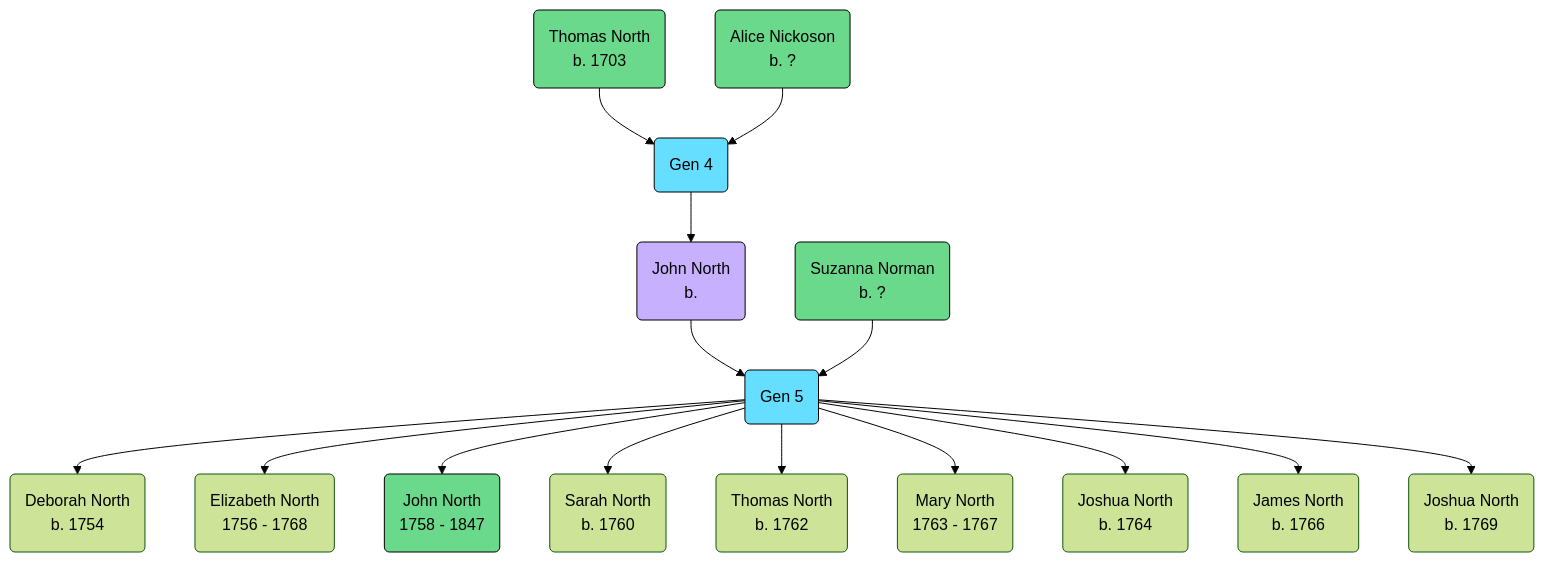
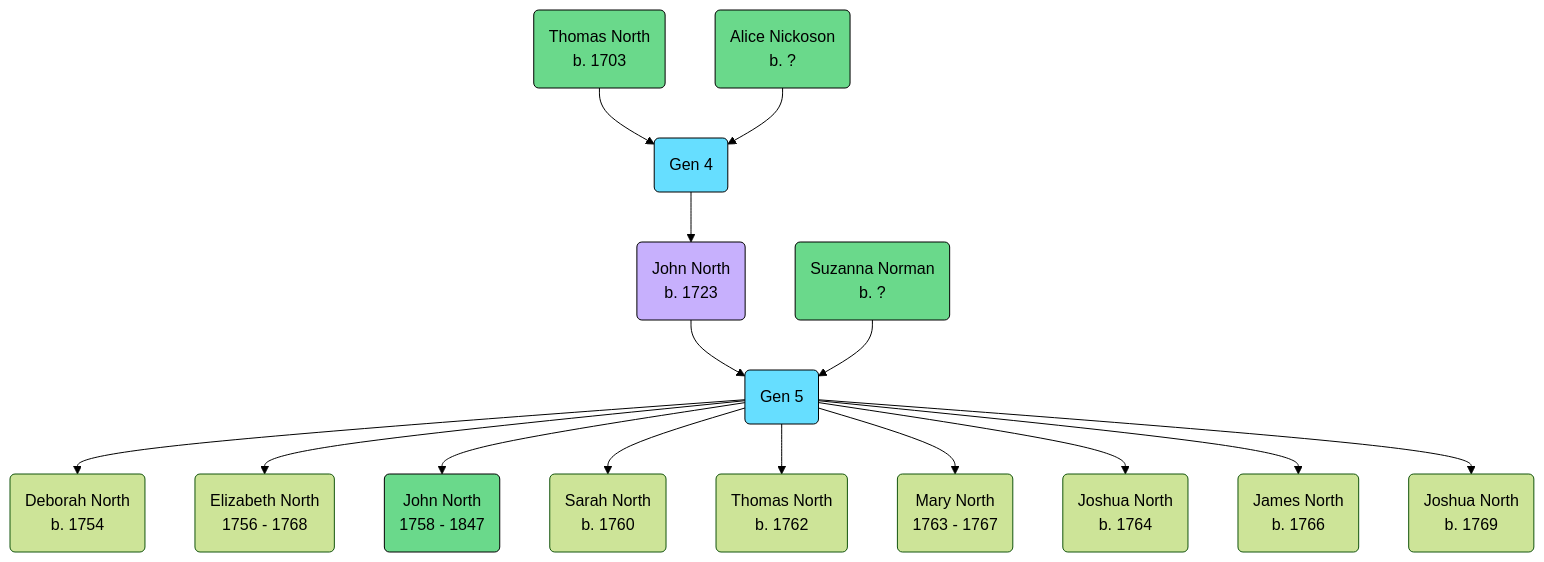
Before and after one commit to jonmthomson/genealogy: the diagram in content/People/NORTH, (1723) John.md, drawn with Mermaid (forest theme). The commit also changed 1 other file, not shown here.

Commit message:
Quartz sync: May 10, 2025, 7:12 PM

````diff
--- a/content/People/NORTH, (1723) John.md
+++ b/content/People/NORTH, (1723) John.md
@@ -10,26 +10,26 @@
 ```mermaid
 flowchart TD
 %% Colors %%
 classDef blue fill:#66deff,stroke:#000,color:#000
 classDef green fill:#6ad98b,stroke:#000,color:#000
 classDef lavender fill:#c7b0fd,stroke:#000,color:#000
 
 %% PARENTS %%
 P1(Thomas North<br>b. 1703):::green --> G4(Gen 4):::blue
 P2(Alice Nickoson<br>b. ?):::green --> G4
 
 %% SIBLINGS %%
-G4 --> P3(John North<br>b. ):::lavender --> G5(Gen 5):::blue
+G4 --> P3(John North<br>b. 1723):::lavender --> G5(Gen 5):::blue
 P4(Suzanna Norman<br>b. ?):::green --> G5
 
 %% CHILDREN %%
 G5 --> P5(Deborah North<br>b. 1754)
 G5 --> P6(Elizabeth North<br>1756 - 1768)
 G5 --> P7(John North<br>1758 - 1847):::green
 G5 --> P8(Sarah North<br>b. 1760)
 G5 --> P9(Thomas North<br>b. 1762)
 G5 --> P10(Mary North<br>1763 - 1767)
 G5 --> P11(Joshua North<br>b. 1764)
 G5 --> P12(James North<br>b. 1766)
 G5 --> P13(Joshua North<br>b. 1769)
 ```
````
